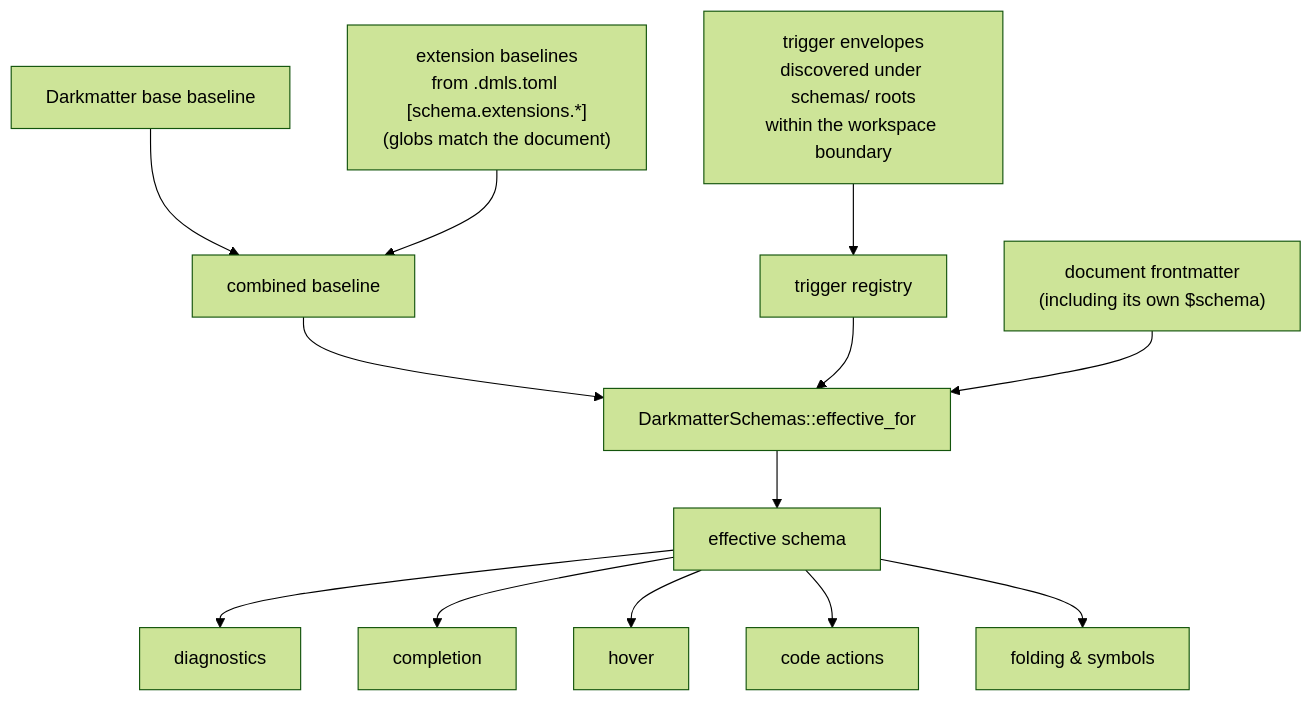
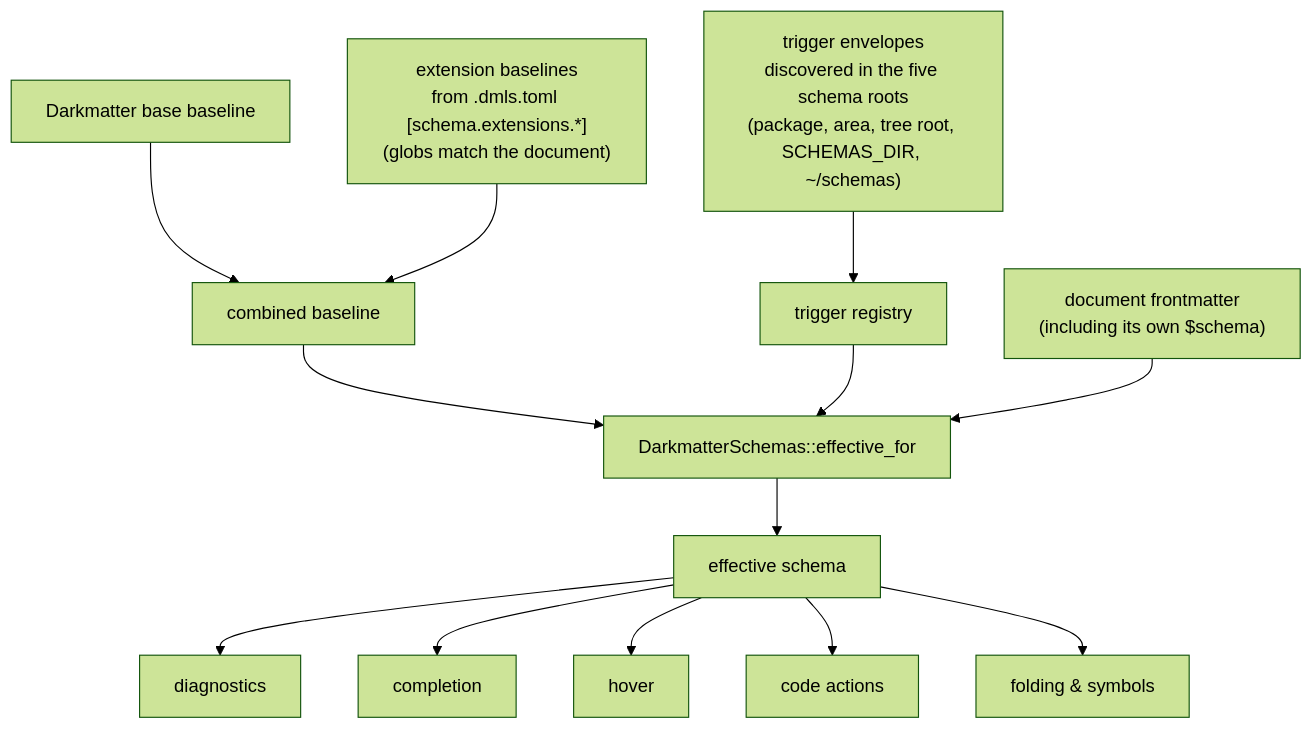
The diagram in darkmatter/docs/topics/schemas/dmls-schema-support.md (yankeeinlondon/rusty-biscuit), drawn with Mermaid (forest theme) before and after one commit. The commit also changed other lines of this file and 9 other files, not shown here.

````diff
--- a/darkmatter/docs/topics/schemas/dmls-schema-support.md
+++ b/darkmatter/docs/topics/schemas/dmls-schema-support.md
@@ -53,15 +53,15 @@
 ```mermaid
 flowchart TD
     BASE["Darkmatter base baseline"] --> MERGE["combined baseline"]
     EXT["extension baselines<br/>from .dmls.toml [schema.extensions.*]<br/>(globs match the document)"] --> MERGE
-    TRIG["trigger envelopes<br/>discovered under schemas/ roots<br/>within the workspace boundary"] --> REGISTRY["trigger registry"]
+    TRIG["trigger envelopes<br/>discovered in the five schema roots<br/>(package, area, tree root, SCHEMAS_DIR, ~/schemas)"] --> REGISTRY["trigger registry"]
     MERGE --> ENGINE["DarkmatterSchemas::effective_for"]
     REGISTRY --> ENGINE
     DOC["document frontmatter<br/>(including its own $schema)"] --> ENGINE
     ENGINE --> EFFECTIVE["effective schema"]
     EFFECTIVE --> DIAG["diagnostics"]
     EFFECTIVE --> COMP["completion"]
     EFFECTIVE --> HOV["hover"]
     EFFECTIVE --> ACTION["code actions"]
     EFFECTIVE --> FOLD["folding & symbols"]
 ```
````
